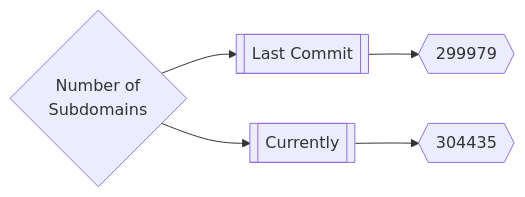
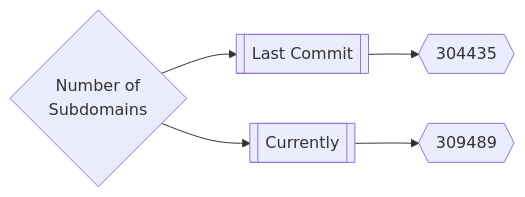
One commit to trickest/inventory changed the first of 3 diagrams in README.md. Above: the diagram before and after it, drawn with Mermaid. The commit also changed other lines of this file and 100 other files, not shown here.

````diff
--- a/README.md
+++ b/README.md
@@ -165,5 +165,5 @@
 ```mermaid
 graph LR
-title{Number of<br>Subdomains} --> subdomainsDate1[[Last Commit]] --> subdomainsNum1{{299979}}
-title --> subdomainsDate2[[Currently]] --> subdomainsNum2{{304435}}
+title{Number of<br>Subdomains} --> subdomainsDate1[[Last Commit]] --> subdomainsNum1{{304435}}
+title --> subdomainsDate2[[Currently]] --> subdomainsNum2{{309489}}
 ```
````
